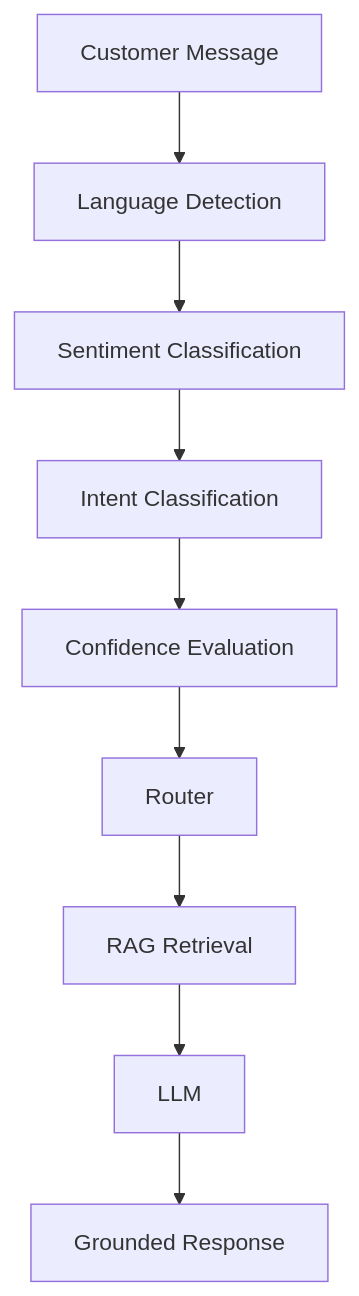
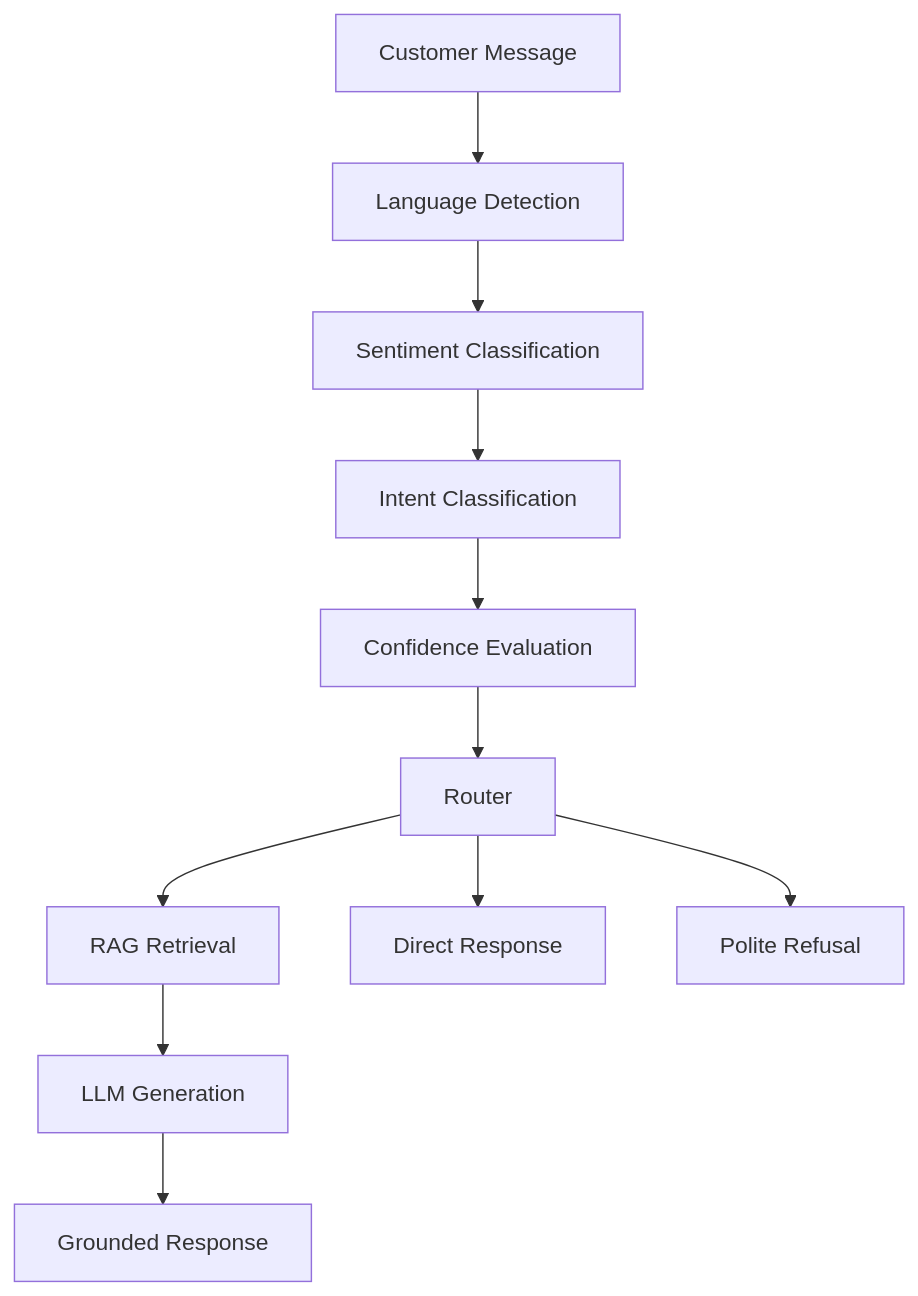
One commit to Abdelrahman-288/Rag-Ecommerce-Customer-Support-Chatbot changed the diagram in README.md. Above: the diagram before and after it, drawn with Mermaid. The commit also changed other lines of this file and 4 other files, not shown here.

````diff
--- a/README.md
+++ b/README.md
@@ -9,11 +17,13 @@
 ```mermaid
 flowchart TD
     A[Customer Message] --> B[Language Detection]
     B --> C[Sentiment Classification]
     C --> D[Intent Classification]
     D --> E[Confidence Evaluation]
     E --> F[Router]
     F --> G[RAG Retrieval]
-    G --> H[LLM]
+    G --> H[LLM Generation]
     H --> I[Grounded Response]
+    F --> J[Direct Response]
+    F --> K[Polite Refusal]
 ```
````
